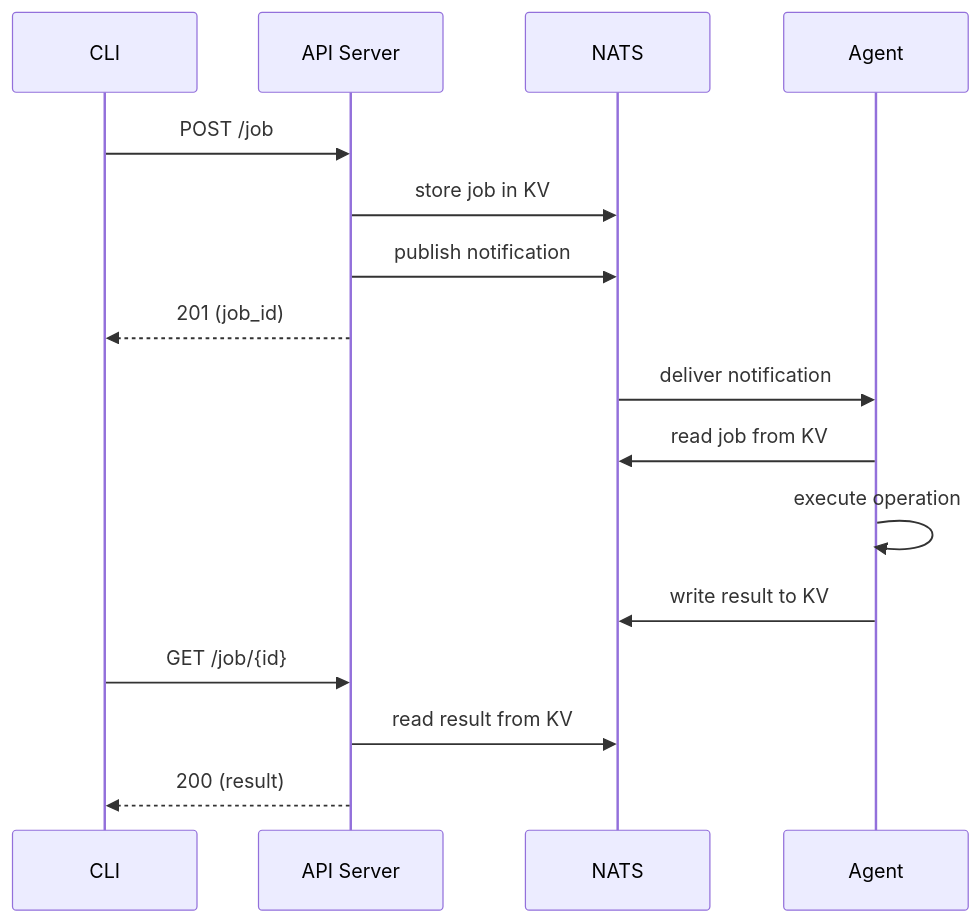
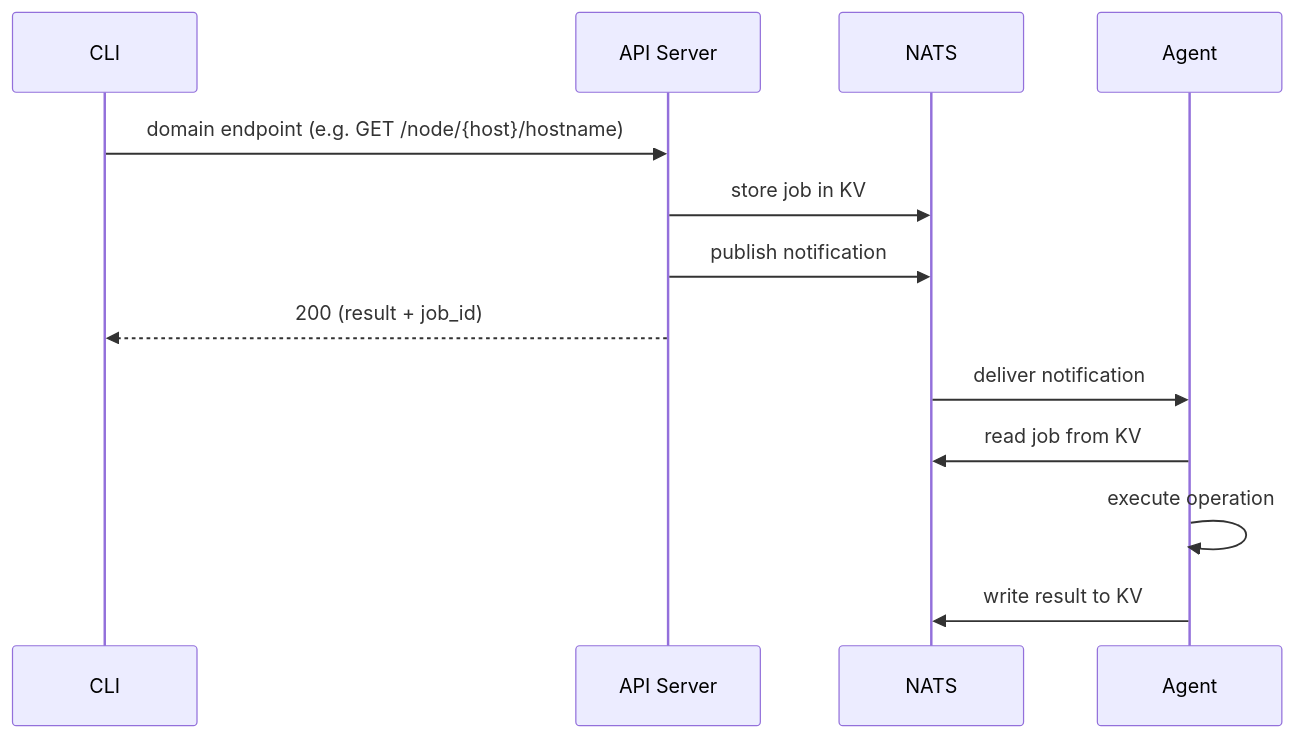
The first of 2 diagrams in docs/docs/sidebar/features/job-system.md (osapi-io/osapi), drawn with Mermaid before and after one commit. The commit also changed other lines of this file and 5 other files, not shown here.

First line of the commit message:
docs: update architecture and job docs for removed POST /job

````diff
--- a/docs/docs/sidebar/features/job-system.md
+++ b/docs/docs/sidebar/features/job-system.md
@@ -23,19 +23,16 @@
 ```mermaid
 sequenceDiagram
     participant CLI
     participant API as API Server
     participant NATS
     participant Agent
 
-    CLI->>API: POST /job
+    CLI->>API: domain endpoint (e.g. GET /node/{host}/hostname)
     API->>NATS: store job in KV
     API->>NATS: publish notification
-    API-->>CLI: 201 (job_id)
+    API-->>CLI: 200 (result + job_id)
     NATS->>Agent: deliver notification
     Agent->>NATS: read job from KV
     Agent->>Agent: execute operation
     Agent->>NATS: write result to KV
-    CLI->>API: GET /job/{id}
-    API->>NATS: read result from KV
-    API-->>CLI: 200 (result)
 ```
````
